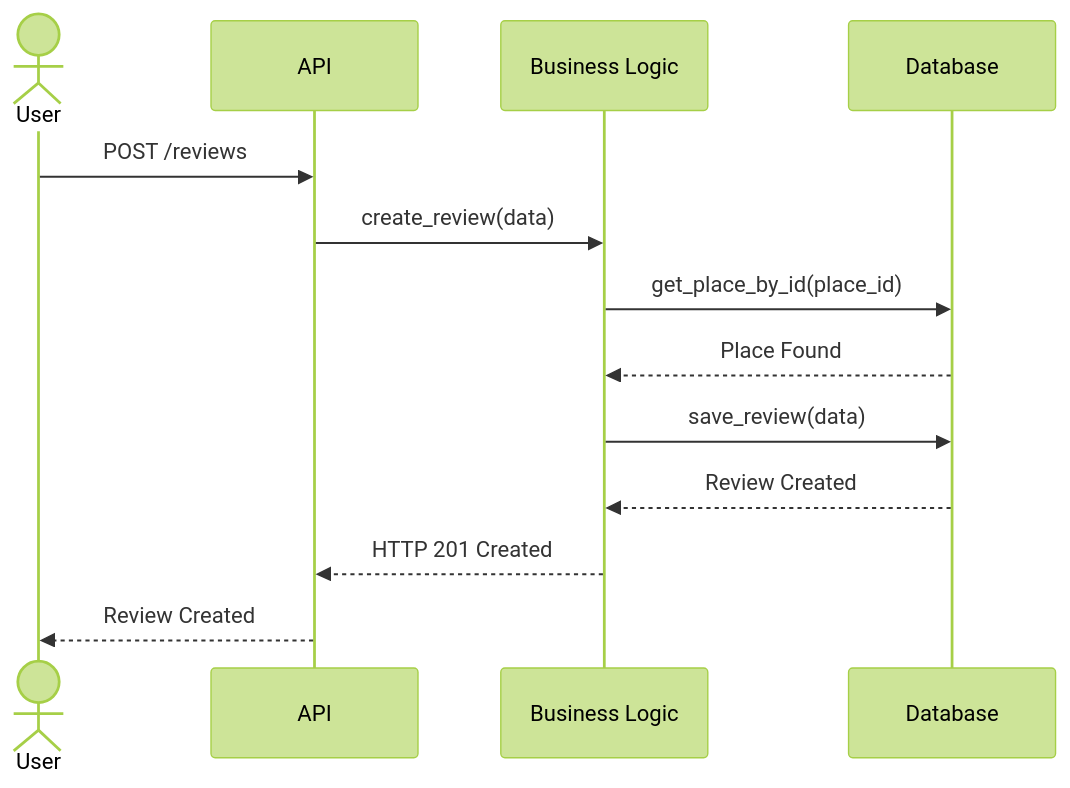
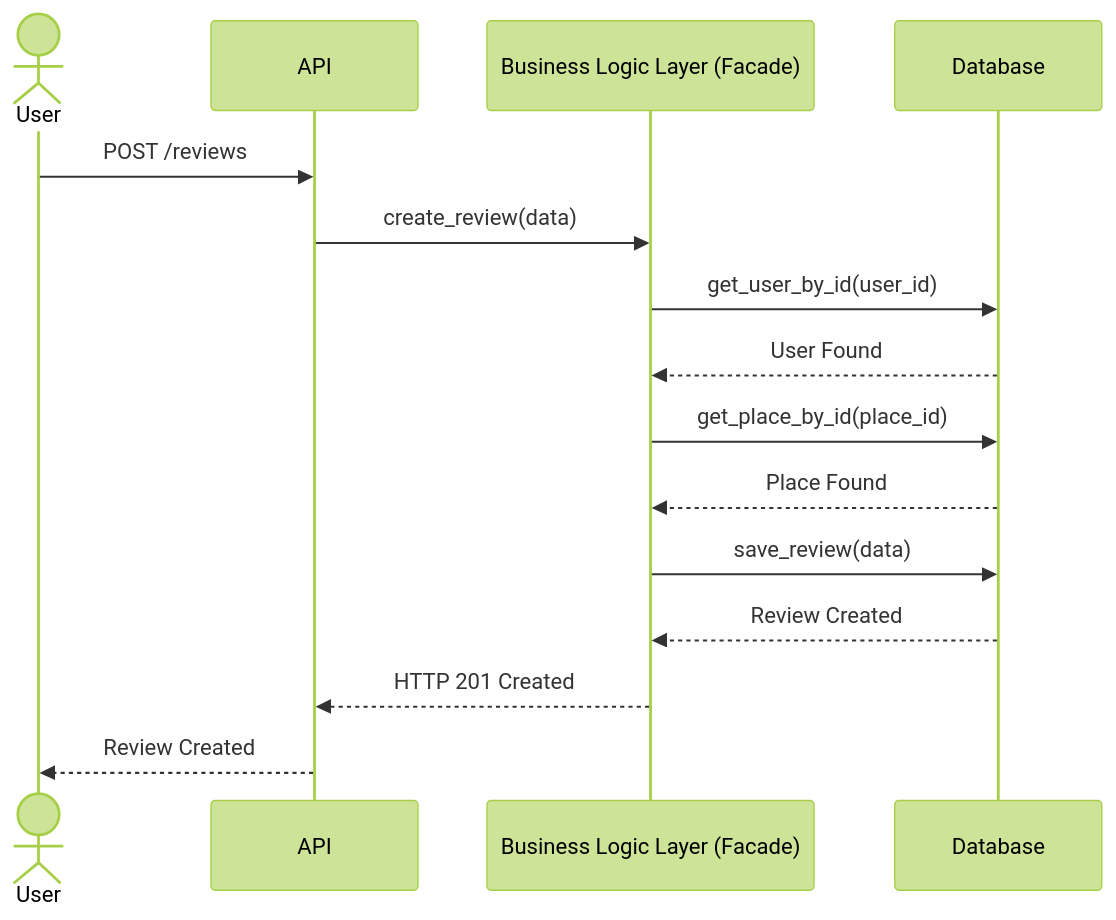
One commit to alzahra3ali-bit/holbertonschool-hbnb changed the fifth of 6 diagrams in part1/README.md. Above: the diagram before and after it, drawn with Mermaid (forest theme). The commit also changed other lines of this file, not shown here.

Commit message:
Fix: Merged facade with business layer and added methods in the class diagram

````diff
--- a/part1/README.md
+++ b/part1/README.md
@@ -170,16 +183,18 @@
 ```mermaid
 sequenceDiagram
     actor User
     participant API
-    participant BusinessLogic as Business Logic
+    participant BusinessLogic as Business Logic Layer (Facade)
     participant Database
 
     User->>API: POST /reviews
     API->>BusinessLogic: create_review(data)
+    BusinessLogic->>Database: get_user_by_id(user_id)
+    Database-->>BusinessLogic: User Found
     BusinessLogic->>Database: get_place_by_id(place_id)
     Database-->>BusinessLogic: Place Found
     BusinessLogic->>Database: save_review(data)
     Database-->>BusinessLogic: Review Created
     BusinessLogic-->>API: HTTP 201 Created
     API-->>User: Review Created
 ```
````
